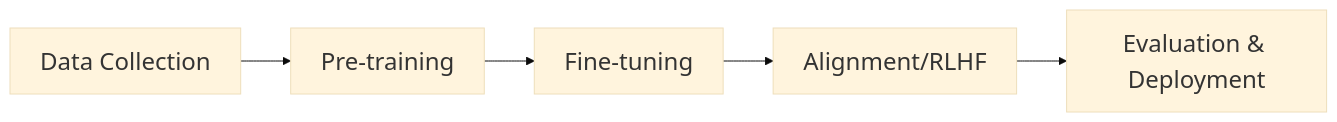
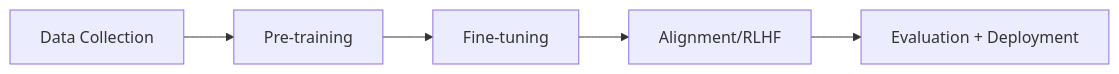
The first of 2 diagrams in ssc-493/markdown/session-02-prompts-language-models.md (superwebpros/msu-slides), drawn with Mermaid before and after one commit. The commit also changed other lines of this file and 2 other files, not shown here.

````diff
--- a/ssc-493/markdown/session-02-prompts-language-models.md
+++ b/ssc-493/markdown/session-02-prompts-language-models.md
@@ -126,11 +113,7 @@
 ```mermaid
-%%{init: {'theme':'base', 'themeVariables': {'fontSize':'24px'}}}%%
-flowchart LR
-    A[Data Collection]
-    B[Pre-training]
-    C[Fine-tuning]
-    D[Alignment/RLHF]
-    E[Evaluation & Deployment]
-
-    A --> B --> C --> D --> E
+graph LR
+    A[Data Collection] --> B[Pre-training]
+    B --> C[Fine-tuning]
+    C --> D[Alignment/RLHF]
+    D --> E[Evaluation + Deployment]
 ```
````
